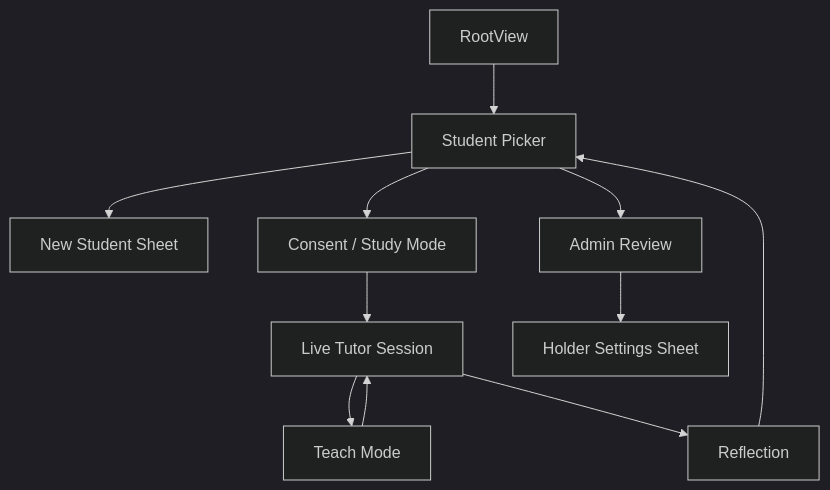
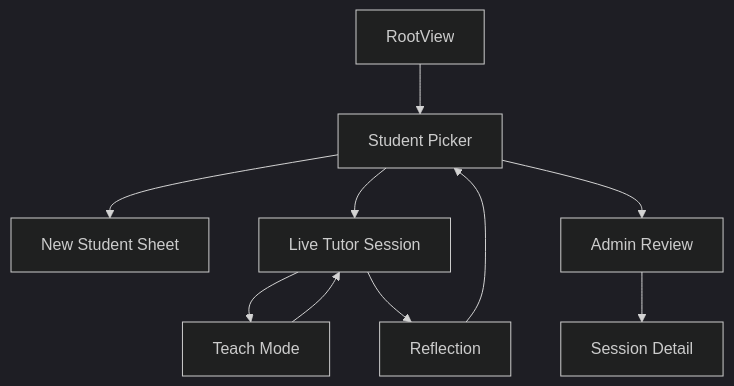
Before and after one commit to vmanukyann/MathTutor: the second of 8 diagrams in README.md, drawn with Mermaid (dark theme). The commit also changed other lines of this file and 22 other files, not shown here.

````diff
--- a/README.md
+++ b/README.md
@@ -117,13 +116,12 @@
 ```mermaid
 flowchart TD
     Root["RootView"] --> Picker["Student Picker"]
     Picker --> NewStudent["New Student Sheet"]
-    Picker --> Consent["Consent / Study Mode"]
+    Picker --> Live["Live Tutor Session"]
     Picker --> Admin["Admin Review"]
-    Consent --> Live["Live Tutor Session"]
     Live --> Teach["Teach Mode"]
     Teach --> Live
     Live --> Reflection["Reflection"]
-    Admin --> Holder["Holder Settings Sheet"]
+    Admin --> Session["Session Detail"]
     Reflection --> Picker
 ```
````
